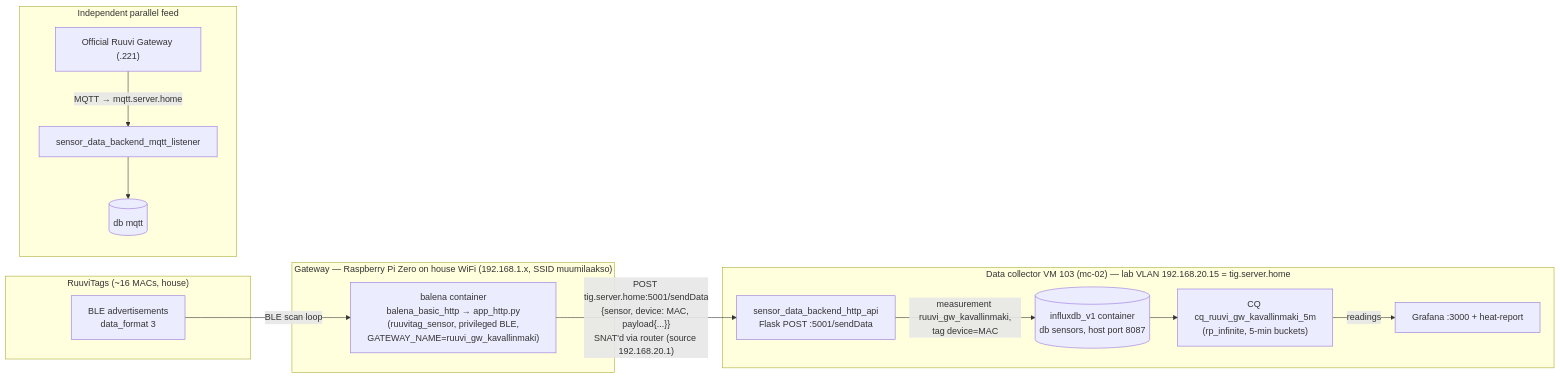
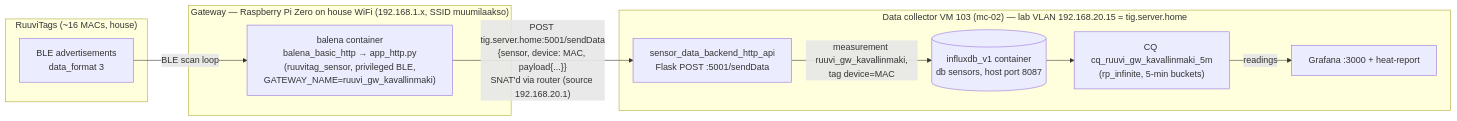
One commit to jutako/ble-gateway changed the first of 2 diagrams in README.md. Above: the diagram before and after it, drawn with Mermaid. The commit also changed other lines of this file, not shown here.

Commit message:
Split data-flow diagrams per ingestion path; expand alternatives; refresh balena push section

````diff
--- a/README.md
+++ b/README.md
@@ -153,31 +159,23 @@
 ```mermaid
 flowchart LR
     subgraph tags["RuuviTags (~16 MACs, house)"]
         T["BLE advertisements<br/>data_format 3"]
     end
 
     subgraph gw["Gateway — Raspberry Pi Zero on house WiFi (192.168.1.x, SSID muumilaakso)"]
         GWC["balena container<br/>balena_basic_http → app_http.py<br/>(ruuvitag_sensor, privileged BLE,<br/>GATEWAY_NAME=ruuvi_gw_kavallinmaki)"]
     end
 
     subgraph tig["Data collector VM 103 (mc-02) — lab VLAN 192.168.20.15 = tig.server.home"]
         API["sensor_data_backend_http_api<br/>Flask POST :5001/sendData"]
         DB[("influxdb_v1 container<br/>db sensors, host port 8087")]
         CQ["CQ cq_ruuvi_gw_kavallinmaki_5m<br/>(rp_infinite, 5-min buckets)"]
         VIS["Grafana :3000 + heat-report"]
     end
 
-    subgraph other["Independent parallel feed"]
-        RGW["Official Ruuvi Gateway (.221)"]
-        LST["sensor_data_backend_mqtt_listener"]
-        MDB[("db mqtt")]
-    end
-
     T -- "BLE scan loop" --> GWC
     GWC -- "POST tig.server.home:5001/sendData<br/>{sensor, device: MAC, payload{...}}<br/>SNAT'd via router (source 192.168.20.1)" --> API
     API -- "measurement ruuvi_gw_kavallinmaki,<br/>tag device=MAC" --> DB
     DB --> CQ
     CQ -- "readings" --> VIS
-    RGW -- "MQTT → mqtt.server.home" --> LST
-    LST --> MDB
 ```
````
